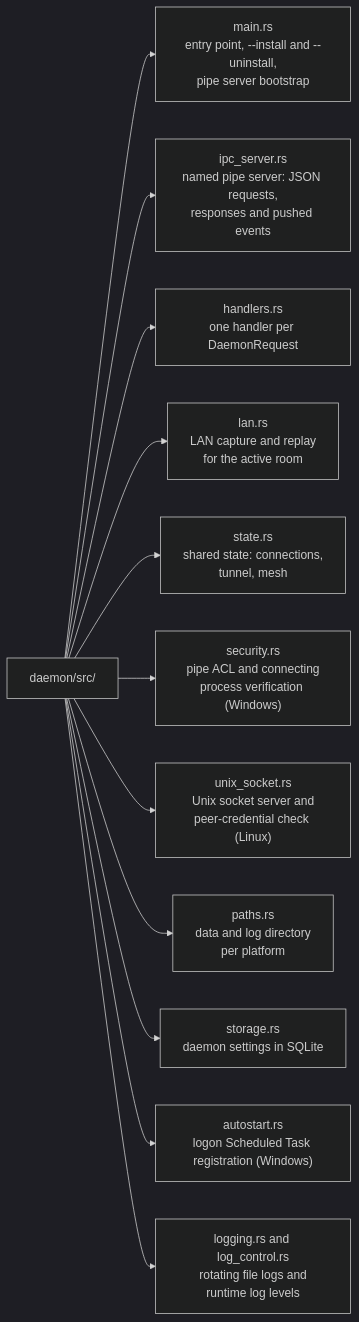
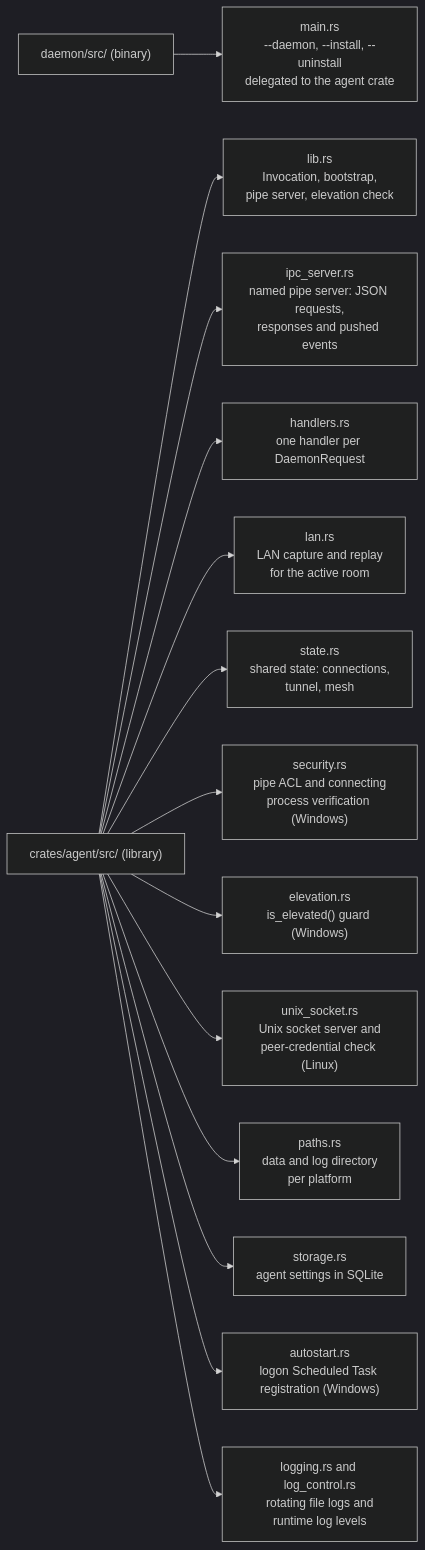
One commit to jhonsferg/warlay changed the diagram in daemon/README.md. Above: the diagram before and after it, drawn with Mermaid (dark theme). The commit also changed other lines of this file and 11 other files, not shown here.

````diff
--- a/daemon/README.md
+++ b/daemon/README.md
@@ -35,15 +43,19 @@
 ```mermaid
 flowchart LR
-    src["daemon/src/"]
-    src --> main["main.rs<br/>entry point, --install and --uninstall,<br/>pipe server bootstrap"]
-    src --> ipc["ipc_server.rs<br/>named pipe server: JSON requests,<br/>responses and pushed events"]
-    src --> handlers["handlers.rs<br/>one handler per DaemonRequest"]
-    src --> lan["lan.rs<br/>LAN capture and replay<br/>for the active room"]
-    src --> state["state.rs<br/>shared state: connections,<br/>tunnel, mesh"]
-    src --> security["security.rs<br/>pipe ACL and connecting<br/>process verification (Windows)"]
-    src --> unix["unix_socket.rs<br/>Unix socket server and<br/>peer-credential check (Linux)"]
-    src --> paths["paths.rs<br/>data and log directory<br/>per platform"]
-    src --> storage["storage.rs<br/>daemon settings in SQLite"]
-    src --> autostart["autostart.rs<br/>logon Scheduled Task registration (Windows)"]
-    src --> logging["logging.rs and log_control.rs<br/>rotating file logs and<br/>runtime log levels"]
+    bin["daemon/src/ (binary)"]
+    bin --> main["main.rs<br/>--daemon, --install, --uninstall<br/>delegated to the agent crate"]
+
+    lib["crates/agent/src/ (library)"]
+    lib --> entry["lib.rs<br/>Invocation, bootstrap,<br/>pipe server, elevation check"]
+    lib --> ipc["ipc_server.rs<br/>named pipe server: JSON requests,<br/>responses and pushed events"]
+    lib --> handlers["handlers.rs<br/>one handler per DaemonRequest"]
+    lib --> lan["lan.rs<br/>LAN capture and replay<br/>for the active room"]
+    lib --> state["state.rs<br/>shared state: connections,<br/>tunnel, mesh"]
+    lib --> security["security.rs<br/>pipe ACL and connecting<br/>process verification (Windows)"]
+    lib --> elevation["elevation.rs<br/>is_elevated() guard (Windows)"]
+    lib --> unix["unix_socket.rs<br/>Unix socket server and<br/>peer-credential check (Linux)"]
+    lib --> paths["paths.rs<br/>data and log directory<br/>per platform"]
+    lib --> storage["storage.rs<br/>agent settings in SQLite"]
+    lib --> autostart["autostart.rs<br/>logon Scheduled Task registration (Windows)"]
+    lib --> logging["logging.rs and log_control.rs<br/>rotating file logs and<br/>runtime log levels"]
 ```
````
